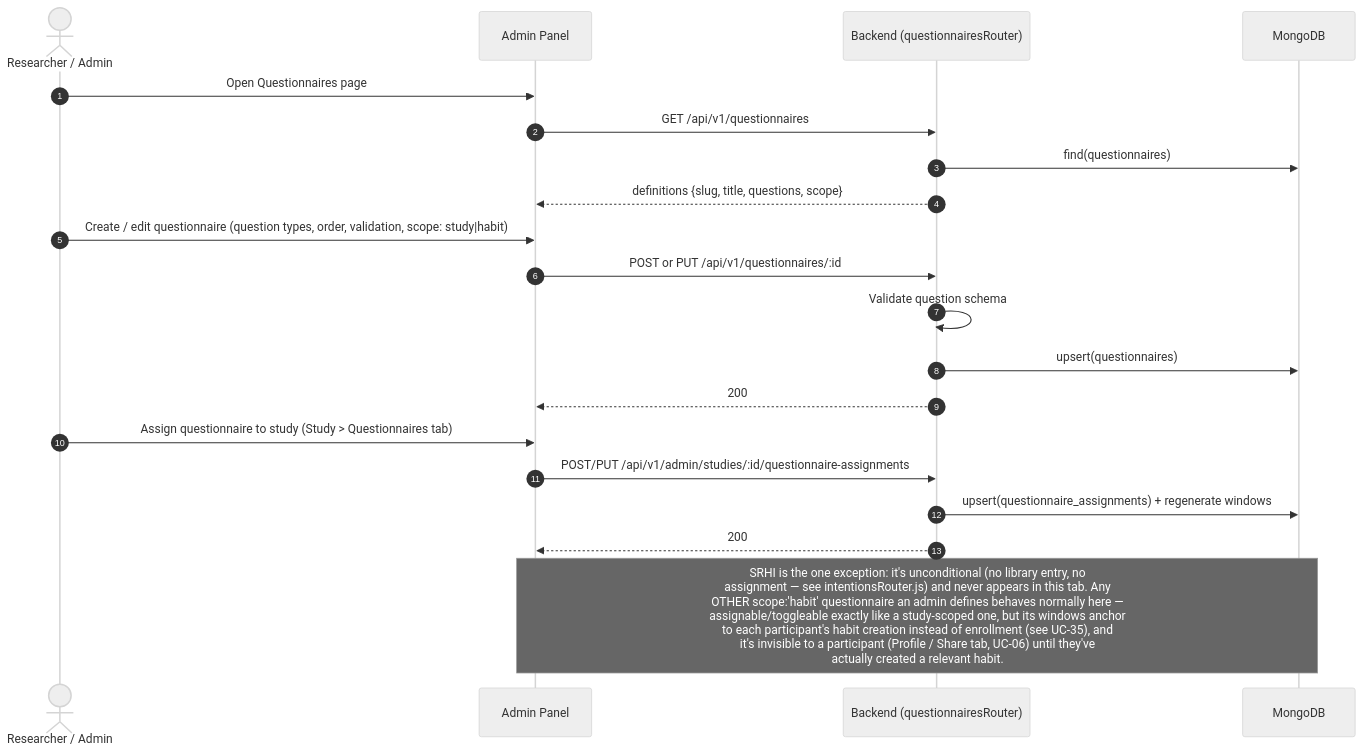
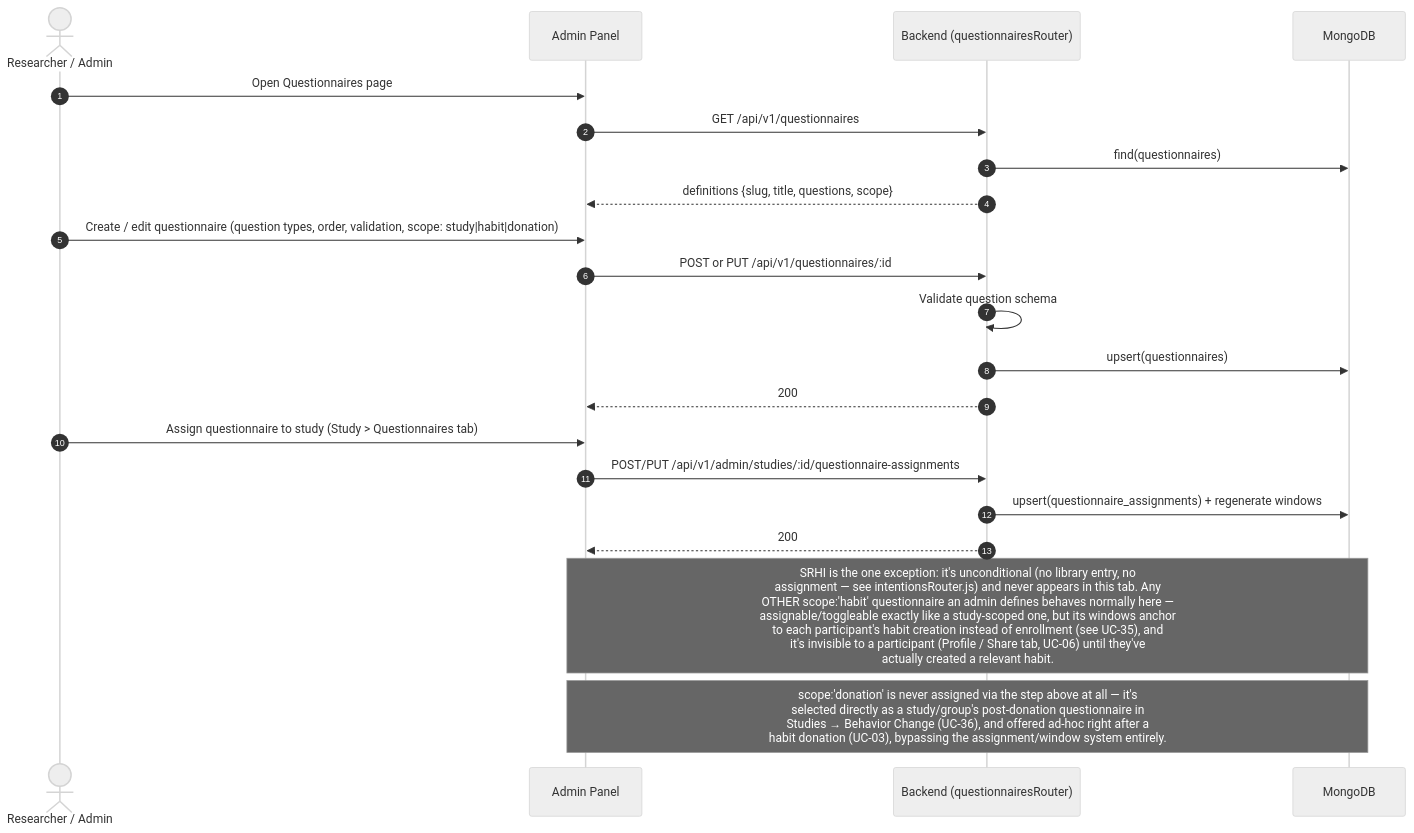
Before and after one commit to Bulgy404/health-habit-hub: the diagram in docs/diagrams/sequences/UC-20-manage-questionnaires.mmd, drawn with Mermaid (neutral theme). The commit also changed 85 other files, not shown here.

```diff
--- a/docs/diagrams/sequences/UC-20-manage-questionnaires.mmd
+++ b/docs/diagrams/sequences/UC-20-manage-questionnaires.mmd
@@ -1,23 +1,24 @@
 %% UC-20 — Manage questionnaires
 sequenceDiagram
     autonumber
     actor R as Researcher / Admin
     participant AP as Admin Panel
     participant B as Backend (questionnairesRouter)
     participant M as MongoDB
 
     R->>AP: Open Questionnaires page
     AP->>B: GET /api/v1/questionnaires
     B->>M: find(questionnaires)
     B-->>AP: definitions {slug, title, questions, scope}
-    R->>AP: Create / edit questionnaire (question types, order, validation, scope: study|habit)
+    R->>AP: Create / edit questionnaire (question types, order, validation, scope: study|habit|donation)
     AP->>B: POST or PUT /api/v1/questionnaires/:id
     B->>B: Validate question schema
     B->>M: upsert(questionnaires)
     B-->>AP: 200
     R->>AP: Assign questionnaire to study (Study > Questionnaires tab)
     AP->>B: POST/PUT /api/v1/admin/studies/:id/questionnaire-assignments
     B->>M: upsert(questionnaire_assignments) + regenerate windows
     B-->>AP: 200
 
     Note over AP,M: SRHI is the one exception: it's unconditional (no library entry, no<br/>assignment — see intentionsRouter.js) and never appears in this tab. Any<br/>OTHER scope:'habit' questionnaire an admin defines behaves normally here —<br/>assignable/toggleable exactly like a study-scoped one, but its windows anchor<br/>to each participant's habit creation instead of enrollment (see UC-35), and<br/>it's invisible to a participant (Profile / Share tab, UC-06) until they've<br/>actually created a relevant habit.
+    Note over AP,M: scope:'donation' is never assigned via the step above at all — it's<br/>selected directly as a study/group's post-donation questionnaire in<br/>Studies → Behavior Change (UC-36), and offered ad-hoc right after a<br/>habit donation (UC-03), bypassing the assignment/window system entirely.
```
